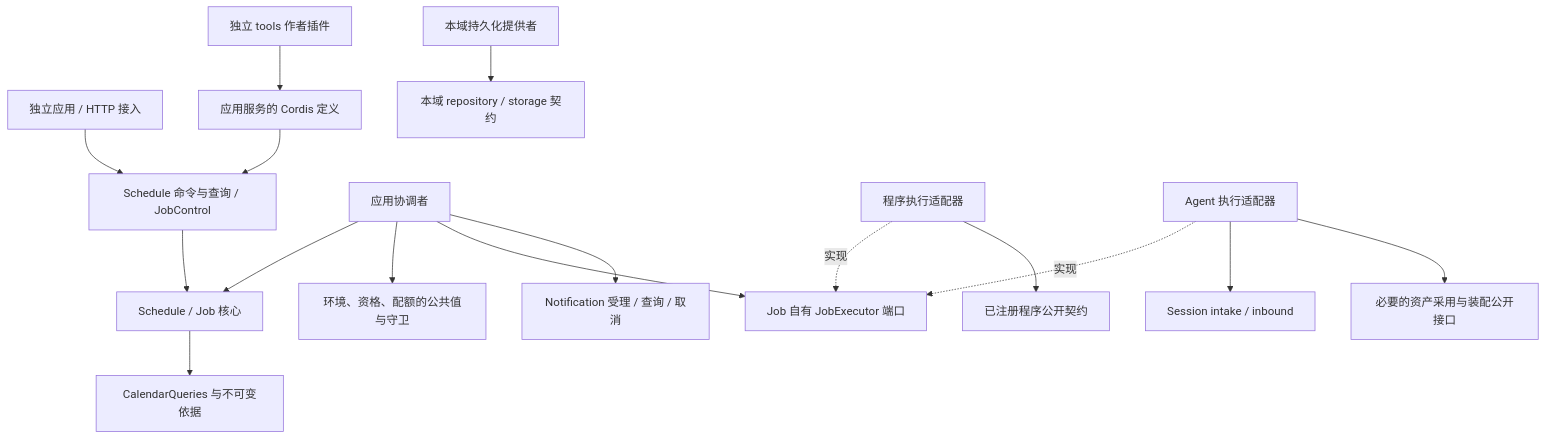
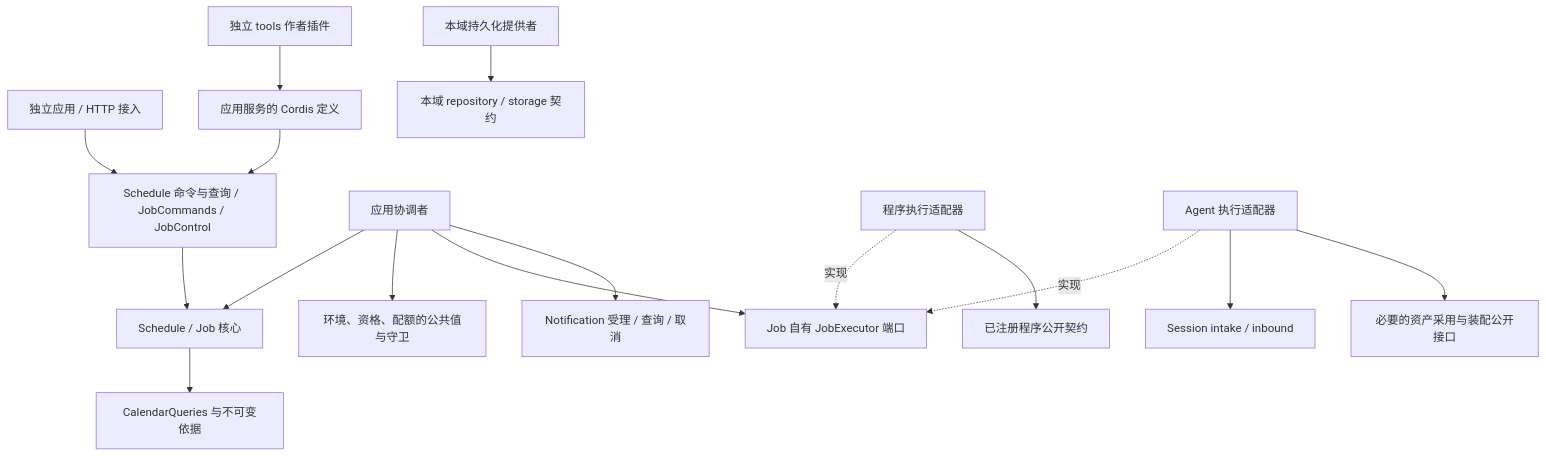
One commit to nemori-ai/omne-harness-lite changed the diagram in docs/domains/schedules-and-jobs/architecture.md. Above: the diagram before and after it, drawn with Mermaid. The commit also changed 3 other files, not shown here.

First line of the commit message:
docs(schedule): close job recovery and publication outcome contracts

````diff
--- a/docs/domains/schedules-and-jobs/architecture.md
+++ b/docs/domains/schedules-and-jobs/architecture.md
@@ -24,18 +24,18 @@
 ```mermaid
 flowchart TB
-  Independent["独立应用 / HTTP 接入"] --> Services["Schedule 命令与查询 / JobControl"]
+  Independent["独立应用 / HTTP 接入"] --> Services["Schedule 命令与查询 / JobCommands / JobControl"]
   Tools["独立 tools 作者插件"] --> Binding["应用服务的 Cordis 定义"]
   Binding --> Services
   Services --> Core["Schedule / Job 核心"]
   Core --> Calendar["CalendarQueries 与不可变依据"]
   Coordinator["应用协调者"] --> Core
   Coordinator --> Guards["环境、资格、配额的公共值与守卫"]
   Coordinator --> Executor["Job 自有 JobExecutor 端口"]
   Coordinator --> Notification["Notification 受理 / 查询 / 取消"]
   ProgramAdapter["程序执行适配器"] -.->|"实现"| Executor
   AgentAdapter["Agent 执行适配器"] -.->|"实现"| Executor
   ProgramAdapter --> Program["已注册程序公开契约"]
   AgentAdapter --> Session["Session intake / inbound"]
   AgentAdapter --> Adoption["必要的资产采用与装配公开接口"]
   Persistence["本域持久化提供者"] --> Repository["本域 repository / storage 契约"]
 ```
````
